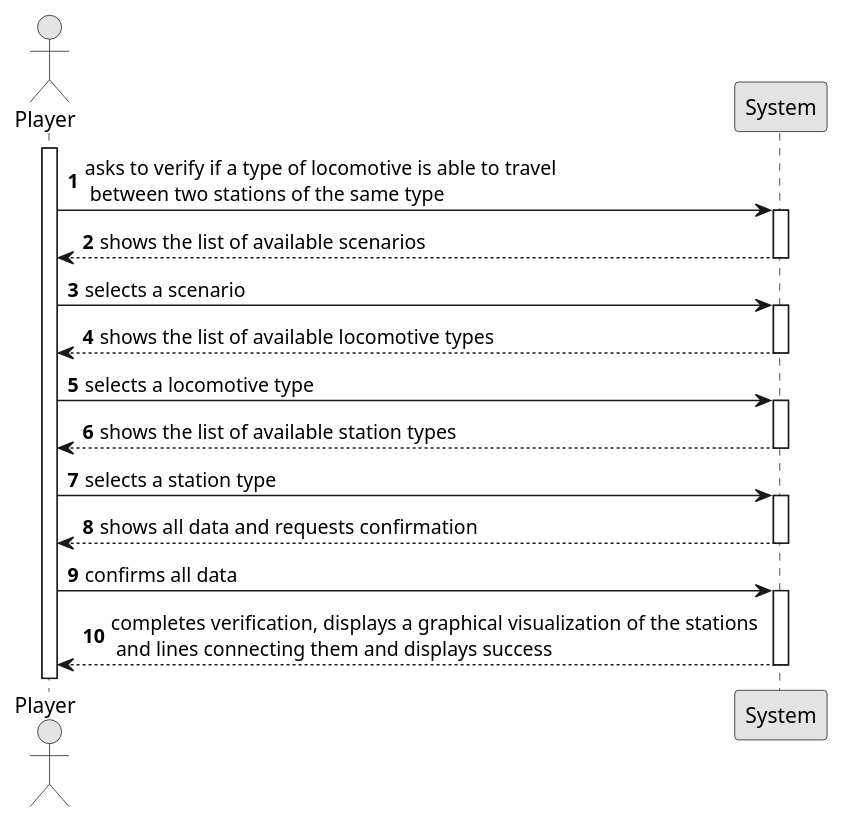
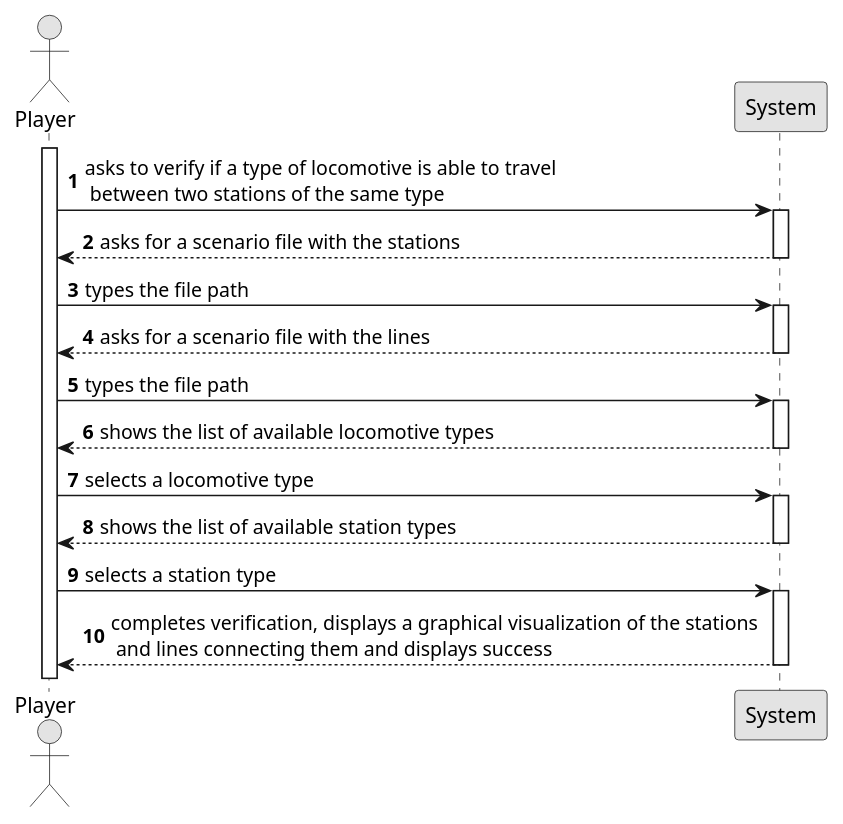
One commit to 1240935/pi2-railway-simulator changed the diagram in Sprint2/US013/01.requirements-engineering/puml/US013-SSD.puml. Above: the diagram before and after it, drawn with PlantUML. The commit also changed 11 other files, not shown here.

```diff
--- a/Sprint2/US013/01.requirements-engineering/puml/US013-SSD.puml
+++ b/Sprint2/US013/01.requirements-engineering/puml/US013-SSD.puml
@@ -1,42 +1,42 @@
 @startuml
 skinparam monochrome true
 skinparam packageStyle rectangle
 skinparam shadowing false
 
 autonumber
 
 actor "Player" as Employee
 participant "System" as System
 
 activate Employee
 
     Employee -> System : asks to verify if a type of locomotive is able to travel \n between two stations of the same type
     activate System
 
-        System --> Employee : shows the list of available scenarios
+        System --> Employee : asks for a scenario file with the stations
     deactivate System
 
-    Employee -> System : selects a scenario
+    Employee -> System : types the file path
     activate System
 
-        System --> Employee : shows the list of available locomotive types
-    deactivate System
+    System --> Employee : asks for a scenario file with the lines
+        deactivate System
 
-    Employee -> System : selects a locomotive type
-    activate System
+    Employee -> System : types the file path
+        activate System
 
-        System --> Employee : shows the list of available station types
-    deactivate System
+       System --> Employee : shows the list of available locomotive types
+           deactivate System
 
-    Employee -> System : selects a station type
-    activate System
+           Employee -> System : selects a locomotive type
+           activate System
 
-        System --> Employee : shows all data and requests confirmation
-    deactivate System
+               System --> Employee : shows the list of available station types
+           deactivate System
 
-    Employee -> System : confirms all data
-    activate System
+           Employee -> System : selects a station type
+           activate System
 
         System --> Employee : completes verification, displays a graphical visualization of the stations \n and lines connecting them and displays success
     deactivate System
 @enduml
```
